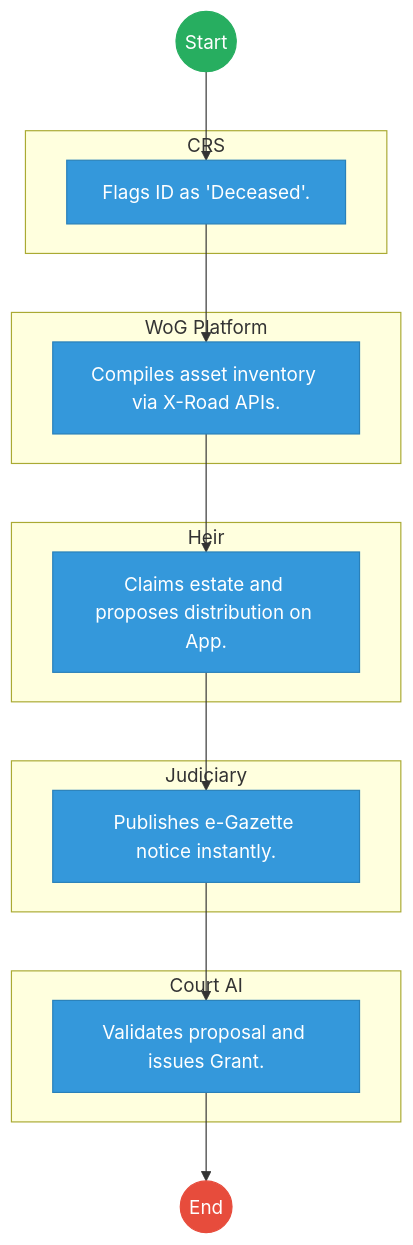
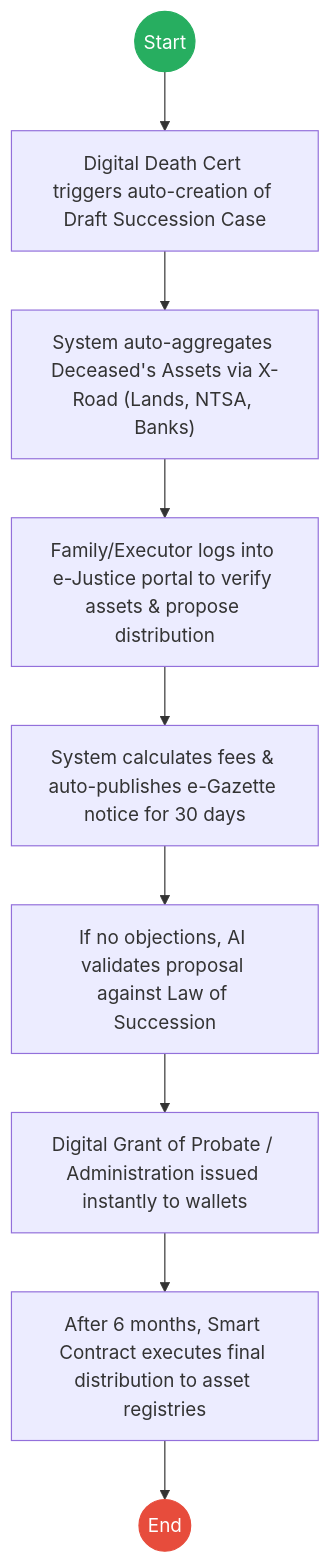
Before and after one commit to BITZ-IT-Consulting-LTD/ictapoc: the second of 2 diagrams in mdas/docs_final/THE_JUDICIARY___Service_Delivery.md, drawn with Mermaid. The commit also changed other lines of this file and 4 other files, not shown here.

````diff
--- a/mdas/docs_final/THE_JUDICIARY___Service_Delivery.md
+++ b/mdas/docs_final/THE_JUDICIARY___Service_Delivery.md
@@ -126,38 +67,16 @@
 ```mermaid
 graph TD
-    Start((Start)) --> S1
-
-    subgraph CRS [CRS]
-        S1["Flags ID as 'Deceased'."]
-    end
-
-    subgraph WoG_Platform [WoG Platform]
-        S2["Compiles asset inventory via X-Road APIs."]
-    end
-
-    subgraph Heir [Heir]
-        S3["Claims estate and proposes distribution on App."]
-    end
-
-    subgraph Judiciary [Judiciary]
-        S4["Publishes e-Gazette notice instantly."]
-    end
-
-    subgraph Court_AI [Court AI]
-        S5["Validates proposal and issues Grant."]
-    end
-    S1 --> S2
-    S2 --> S3
-    S3 --> S4
-    S4 --> S5
-    S5 --> End((End))
+    Start((Start)) --> T1
+    T1["Digital Death Cert triggers auto-creation of Draft Succession Case"] --> T2
+    T2["System auto-aggregates Deceased's Assets via X-Road (Lands, NTSA, Banks)"] --> T3
+    T3["Family/Executor logs into e-Justice portal to verify assets & propose distribution"] --> T4
+    T4["System calculates fees & auto-publishes e-Gazette notice for 30 days"] --> T5
+    T5["If no objections, AI validates proposal against Law of Succession"] --> T6
+    T6["Digital Grant of Probate / Administration issued instantly to wallets"] --> T7
+    T7["After 6 months, Smart Contract executes final distribution to asset registries"] --> End((End))
 
     classDef start fill:#27ae60,stroke:#27ae60,color:#fff;
     classDef endNode fill:#e74c3c,stroke:#e74c3c,color:#fff;
-    classDef userTask fill:#3498db,stroke:#2980b9,color:#fff;
-    classDef serviceTask fill:#9b59b6,stroke:#8e44ad,color:#fff;
-
     class Start start;
     class End endNode;
-    class S1,S2,S3,S4,S5 userTask;
 ```
````
